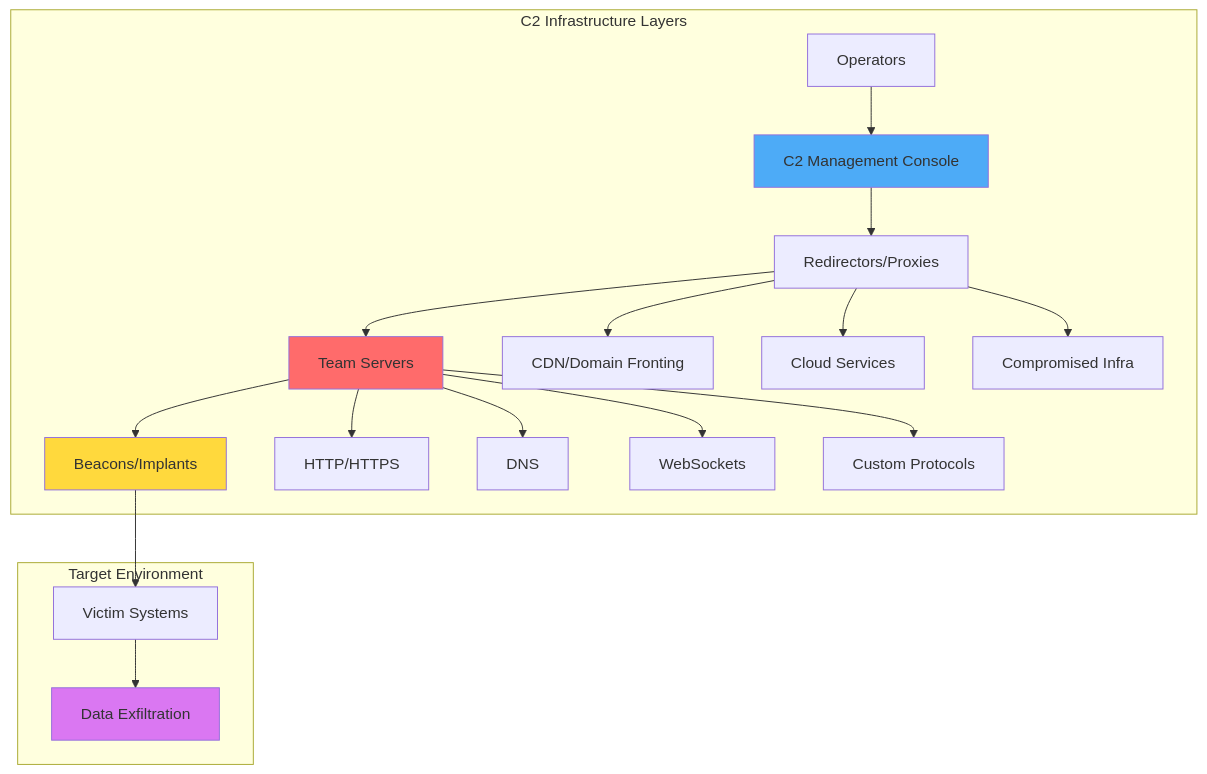
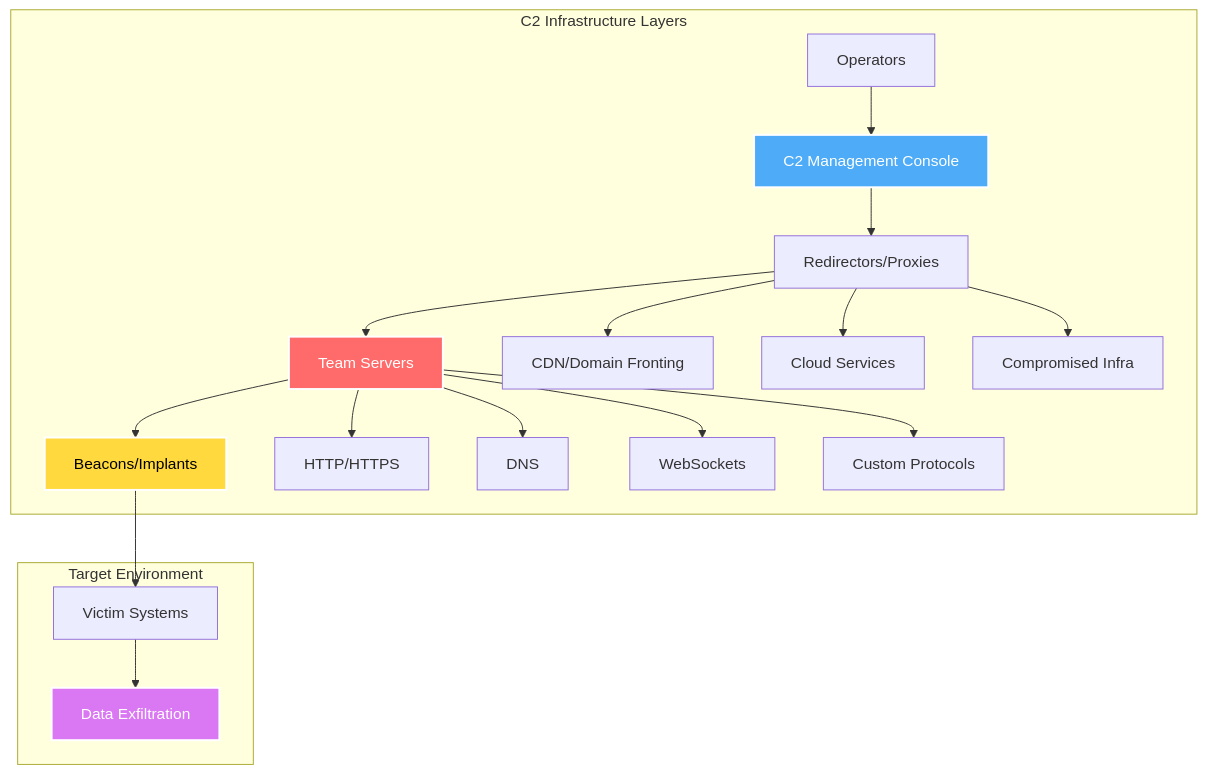
The eighth of 9 diagrams in README.md (NovusAevum/apt-adversarial-operations), drawn with Mermaid before and after one commit. The commit also changed other lines of this file and 2 other files, not shown here.

````diff
--- a/README.md
+++ b/README.md
@@ -489,28 +363,28 @@
 ```mermaid
 graph TB
     subgraph "C2 Infrastructure Layers"
         A[Operators] --> B[C2 Management Console]
         B --> C[Redirectors/Proxies]
         C --> D[Team Servers]
         D --> E[Beacons/Implants]
         
         C --> C1[CDN/Domain Fronting]
         C --> C2[Cloud Services]
         C --> C3[Compromised Infra]
         
         D --> D1[HTTP/HTTPS]
         D --> D2[DNS]
         D --> D3[WebSockets]
         D --> D4[Custom Protocols]
     end
     
     subgraph "Target Environment"
         E --> F[Victim Systems]
         F --> G[Data Exfiltration]
     end
     
-    style B fill:#4dabf7
-    style D fill:#ff6b6b
-    style E fill:#ffd93d
-    style G fill:#da77f2
+    style B fill:#4dabf7,stroke:#fff,stroke-width:2px,color:#fff
+    style D fill:#ff6b6b,stroke:#fff,stroke-width:2px,color:#fff
+    style E fill:#ffd93d,stroke:#fff,stroke-width:2px,color:#000
+    style G fill:#da77f2,stroke:#fff,stroke-width:2px,color:#fff
 ```
````
